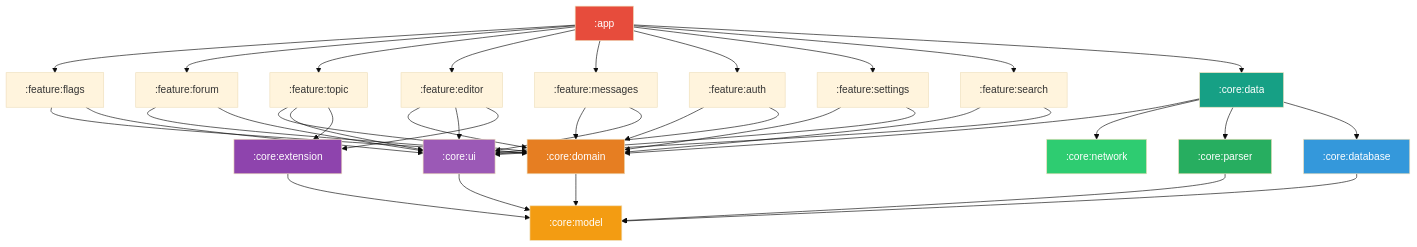
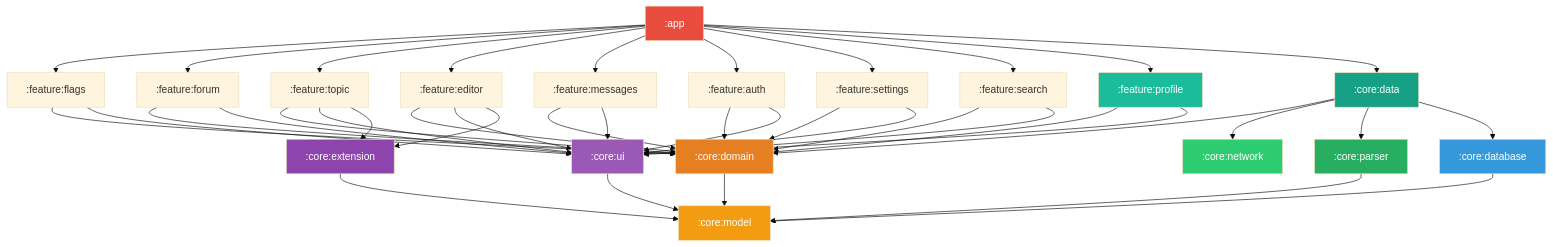
Before and after one commit to ForumHFR/redface2: the second of 3 diagrams in docs/specs/architecture.md, drawn with Mermaid (base theme). The commit also changed other lines of this file and 44 other files, not shown here.

````diff
--- a/docs/specs/architecture.md
+++ b/docs/specs/architecture.md
@@ -56,60 +56,65 @@
 ```mermaid
 graph TB
     APP[":app"] --> FFL[":feature:flags"]
     APP --> FF[":feature:forum"]
     APP --> FT[":feature:topic"]
     APP --> FE[":feature:editor"]
     APP --> FM[":feature:messages"]
     APP --> FA[":feature:auth"]
     APP --> FS[":feature:settings"]
     APP --> FSR[":feature:search"]
+    APP --> FPR[":feature:profile"]
     APP --> CDATA[":core:data"]
 
     FFL --> CDOM[":core:domain"]
     FFL --> CU[":core:ui"]
 
     FF --> CDOM
     FF --> CU
 
     FT --> CDOM
     FT --> CU
     FT --> CEXT[":core:extension"]
 
     FE --> CDOM
     FE --> CU
     FE --> CEXT
 
     FM --> CDOM
     FM --> CU
 
     FA --> CDOM
     FA --> CU
 
     FS --> CDOM
     FS --> CU
 
     FSR --> CDOM
     FSR --> CU
 
+    FPR --> CDOM
+    FPR --> CU
+
     CDOM --> CM[":core:model"]
     CEXT --> CM
     CU --> CM
 
     CDATA --> CDOM
     CDATA --> CN[":core:network"]
     CDATA --> CP[":core:parser"]
     CDATA --> CD[":core:database"]
 
     CP --> CM
     CD --> CM
 
     style APP fill:#e74c3c,color:#fff
     style CM fill:#f39c12,color:#fff
     style CDOM fill:#e67e22,color:#fff
     style CDATA fill:#16a085,color:#fff
     style CN fill:#2ecc71,color:#fff
     style CP fill:#27ae60,color:#fff
     style CD fill:#3498db,color:#fff
     style CU fill:#9b59b6,color:#fff
     style CEXT fill:#8e44ad,color:#fff
+    style FPR fill:#1abc9c,color:#fff
 ```
````
